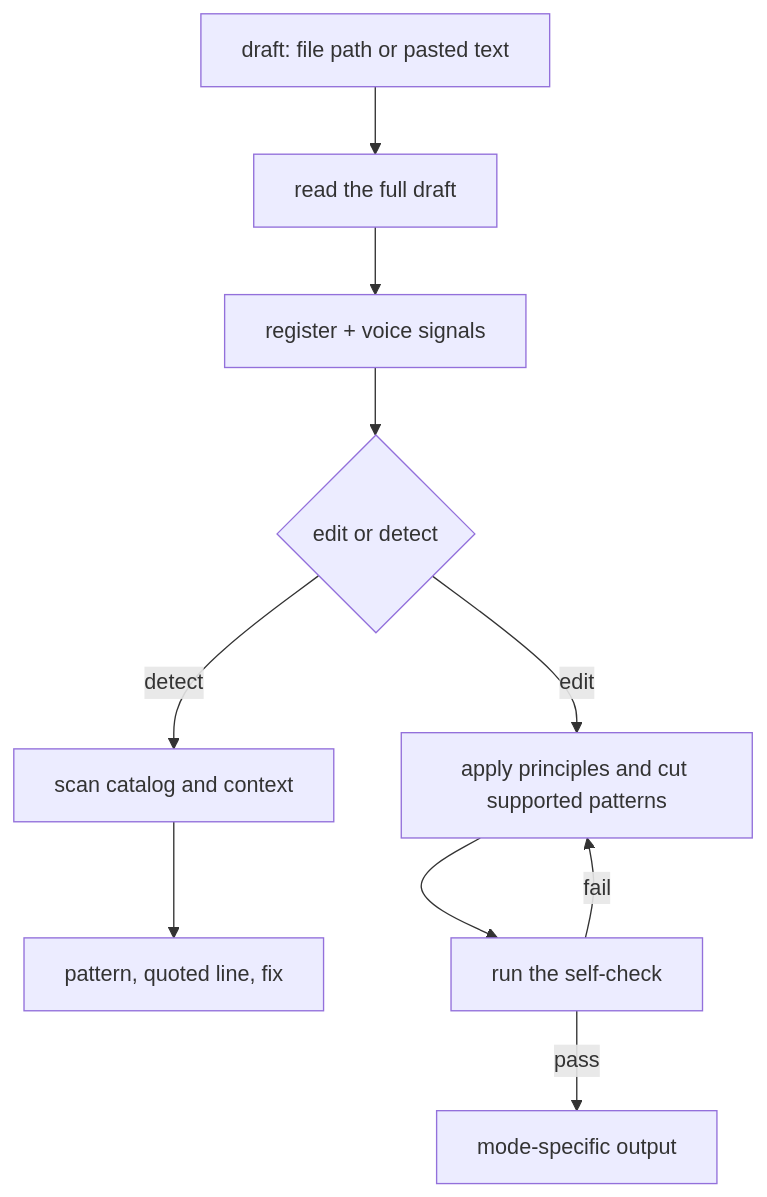
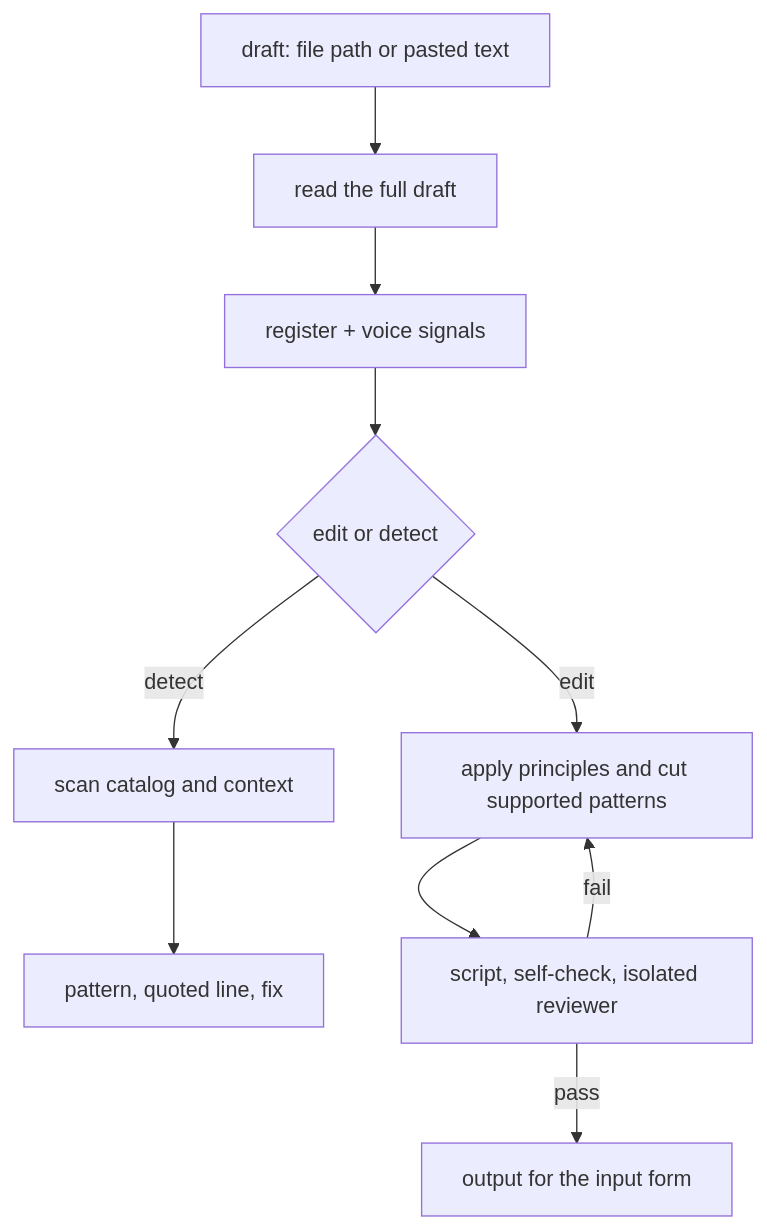
One commit to adeonir/agent-skills changed the diagram in skills/productivity/anti-slop/README.md. Above: the diagram before and after it, drawn with Mermaid. The commit also changed other lines of this file and 7 other files, not shown here.

Commit message:
feat(anti-slop): check edits with a bundled script and an isolated reviewer

````diff
--- a/skills/productivity/anti-slop/README.md
+++ b/skills/productivity/anti-slop/README.md
@@ -7,12 +7,12 @@
 ```mermaid
 flowchart TD
     IN[draft: file path or pasted text] --> READ[read the full draft]
     READ --> VOICE[register + voice signals]
     VOICE --> MODE{edit or detect}
     MODE -->|detect| SCAN[scan catalog and context]
     SCAN --> REPORT[pattern, quoted line, fix]
     MODE -->|edit| CUT[apply principles and cut supported patterns]
-    CUT --> CHECK[run the self-check]
+    CUT --> CHECK[script, self-check, isolated reviewer]
     CHECK -->|fail| CUT
-    CHECK -->|pass| OUT[mode-specific output]
+    CHECK -->|pass| OUT[output for the input form]
 ```
````
